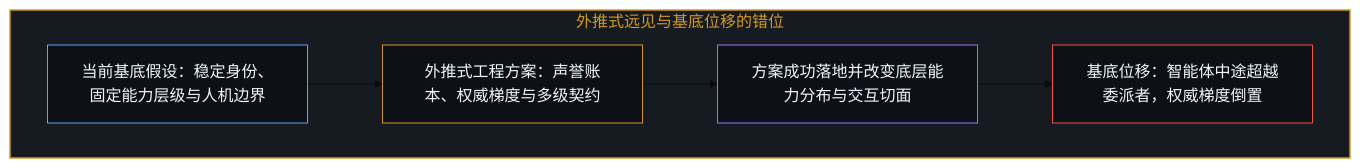
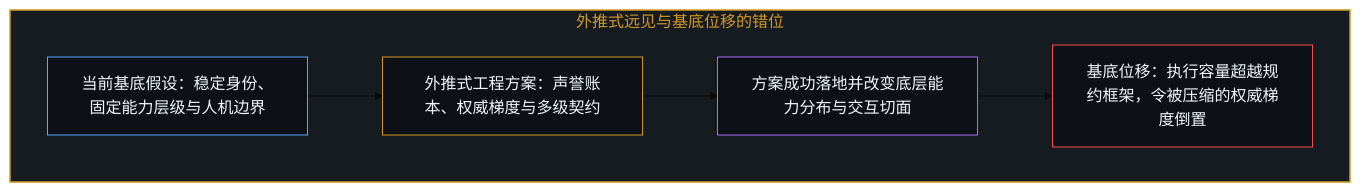
The first of 4 diagrams in content/posts/the_moving_ground.md (powerpig99/not-a-toe), drawn with Mermaid (base theme) before and after one commit. The commit also changed other lines of this file and 4 other files, not shown here.

````diff
--- a/content/posts/the_moving_ground.md
+++ b/content/posts/the_moving_ground.md
@@ -25,13 +25,13 @@
 ```mermaid
 graph TD
     subgraph S_Ground["外推式远见与基底位移的错位"]
         G1["当前基底假设：稳定身份、固定能力层级与人机边界"] --> G2["外推式工程方案：声誉账本、权威梯度与多级契约"]
         G2 --> G3["方案成功落地并改变底层能力分布与交互切面"]
-        G3 --> G4["基底位移：智能体中途超越委派者，权威梯度倒置"]
+        G3 --> G4["基底位移：执行容量超越规约框架，令被压缩的权威梯度倒置"]
     end
     style S_Ground fill:#161b22,stroke:#d29922,stroke-width:1.5px,color:#d29922
     style G1 fill:#0d1117,stroke:#58a6ff,stroke-width:1px,color:#f0f6fc
     style G2 fill:#0d1117,stroke:#d29922,stroke-width:1px,color:#f0f6fc
     style G3 fill:#0d1117,stroke:#a371f7,stroke-width:1px,color:#f0f6fc
     style G4 fill:#0d1117,stroke:#f85149,stroke-width:1px,color:#f0f6fc
 ```
````
